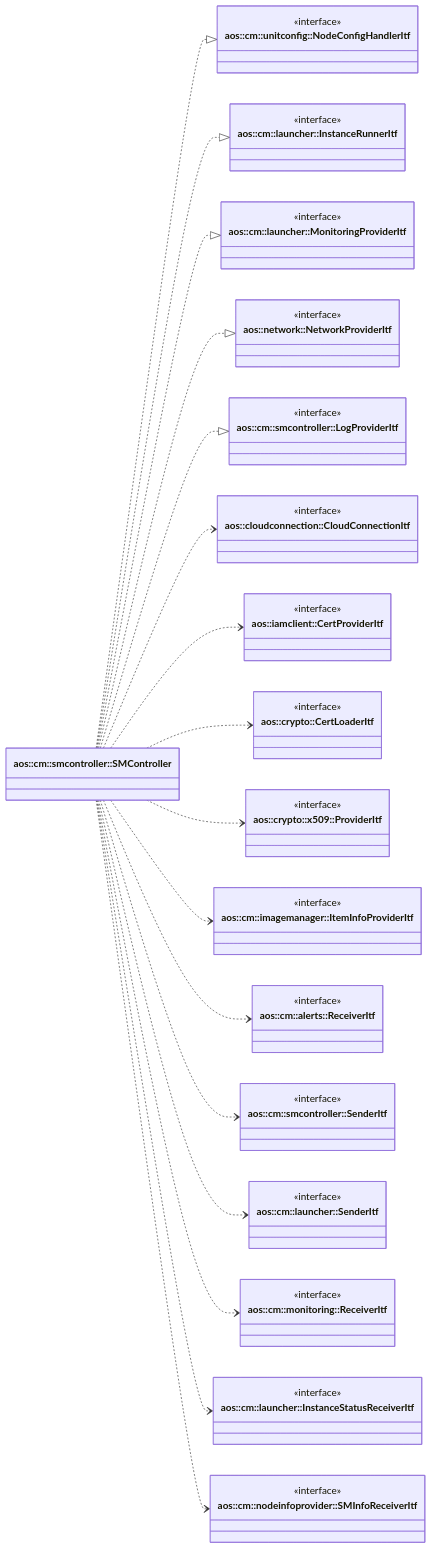
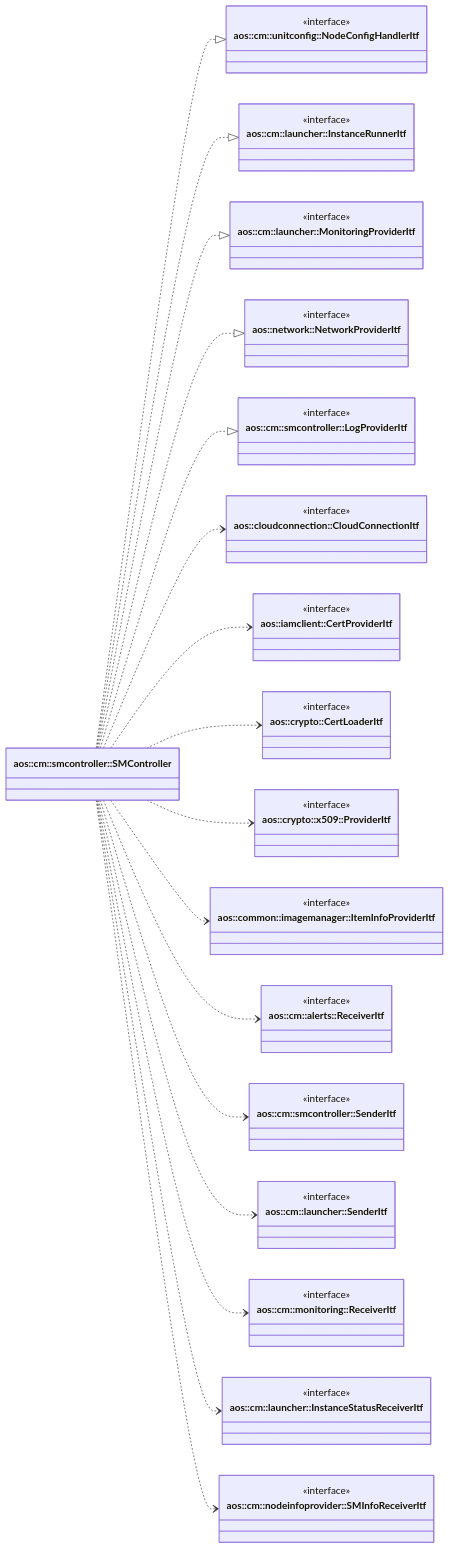
One commit to aosedge/aos_core_lib_cpp changed the diagram in src/core/cm/smcontroller/smcontroller.md. Above: the diagram before and after it, drawn with Mermaid. The commit also changed other lines of this file and 1 other file, not shown here.

Commit message:
cm: imagemanager: update module documentation

```diff
--- a/src/core/cm/smcontroller/smcontroller.md
+++ b/src/core/cm/smcontroller/smcontroller.md
@@ -71,7 +72,7 @@
         <<interface>>
     }
 
-    class ItemInfoProviderItf ["aos::cm::imagemanager::ItemInfoProviderItf"] {
+    class ItemInfoProviderItf ["aos::common::imagemanager::ItemInfoProviderItf"] {
         <<interface>>
     }
 
```
